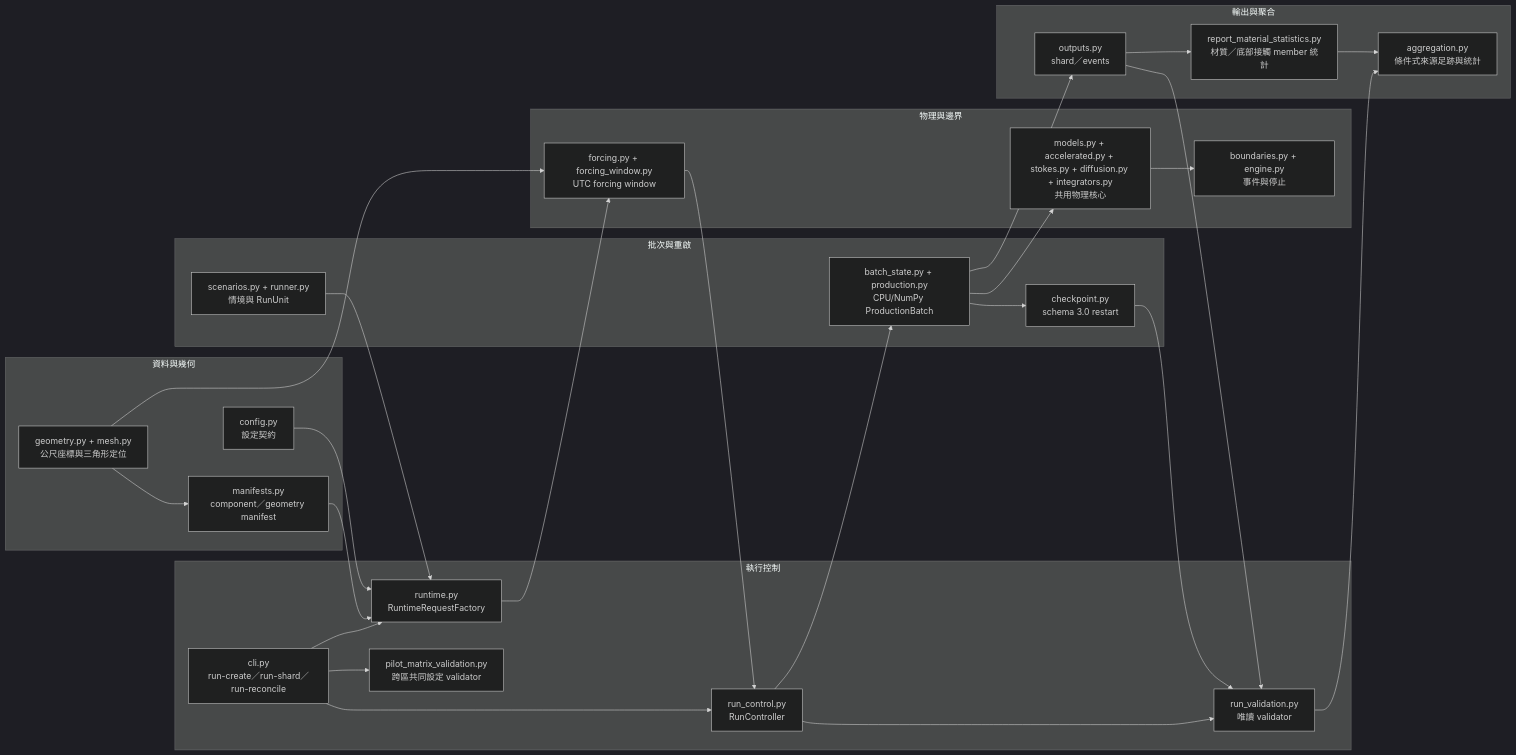
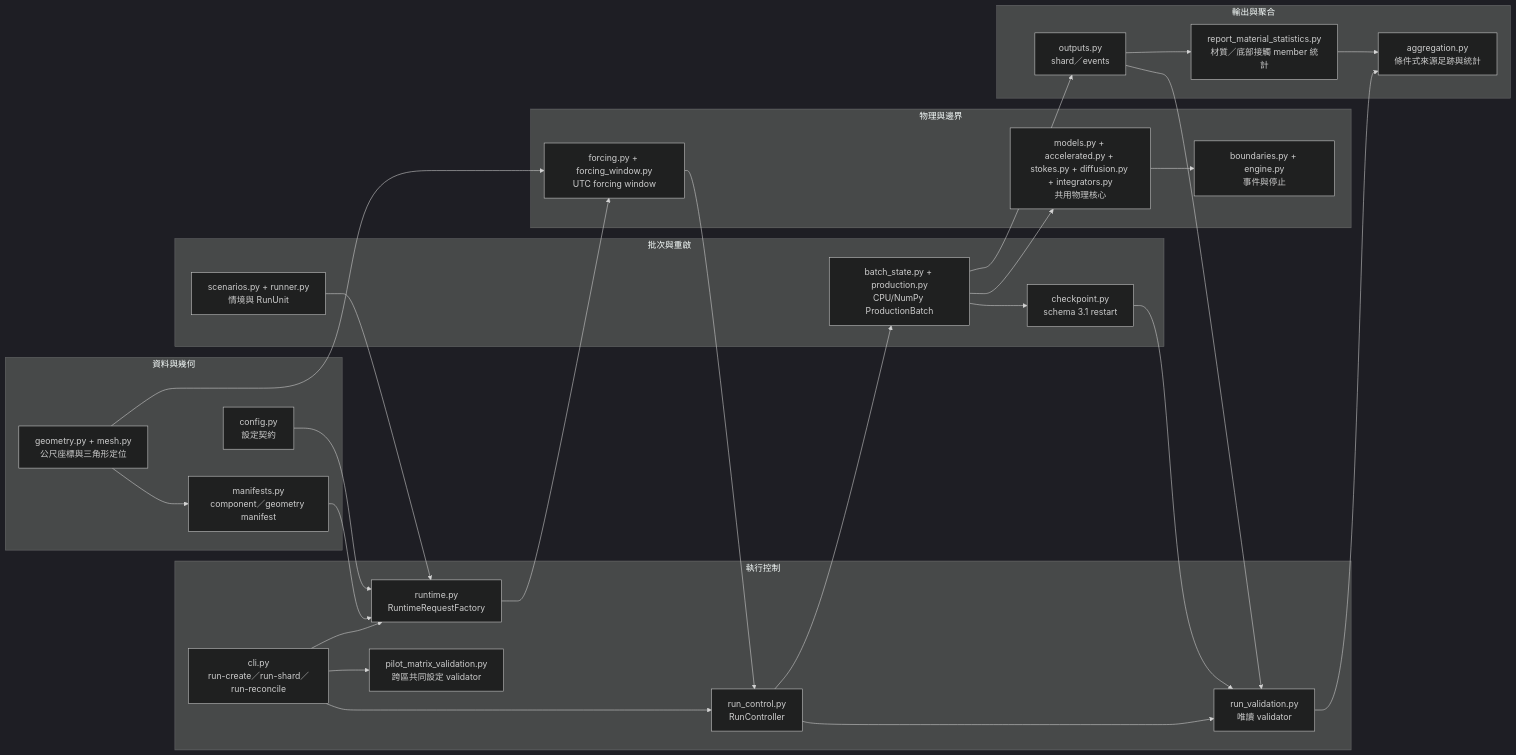
One commit to SpiderFang/Lagrangian-Ensemble-Backtracking changed the first of 3 diagrams in docs/development/11_source_code_guide_and_plan_traceability.md. Above: the diagram before and after it, drawn with Mermaid (dark theme). The commit also changed other lines of this file and 13 other files, not shown here.

Commit message:
新增 schema 3.1 gzip 檢查點與相容鏈驗證

````diff
--- a/docs/development/11_source_code_guide_and_plan_traceability.md
+++ b/docs/development/11_source_code_guide_and_plan_traceability.md
@@ -104,51 +104,51 @@
 ```mermaid
 flowchart LR
     subgraph A[資料與幾何]
         CFG[config.py<br/>設定契約]
         MAN[manifests.py<br/>component／geometry manifest]
         GEO[geometry.py + mesh.py<br/>公尺座標與三角形定位]
     end
     subgraph B[物理與邊界]
         FOR[forcing.py + forcing_window.py<br/>UTC forcing window]
         PHY[models.py + accelerated.py + stokes.py + diffusion.py + integrators.py<br/>共用物理核心]
         BND[boundaries.py + engine.py<br/>事件與停止]
     end
     subgraph C[批次與重啟]
         SCN[scenarios.py + runner.py<br/>情境與 RunUnit]
         PB[batch_state.py + production.py<br/>CPU/NumPy ProductionBatch]
-        CKP[checkpoint.py<br/>schema 3.0 restart]
+        CKP[checkpoint.py<br/>schema 3.1 restart]
     end
     subgraph D[執行控制]
         CLI[cli.py<br/>run-create／run-shard／run-reconcile]
         RT[runtime.py<br/>RuntimeRequestFactory]
         RC[run_control.py<br/>RunController]
         VAL[run_validation.py<br/>唯讀 validator]
         PMV[pilot_matrix_validation.py<br/>跨區共同設定 validator]
     end
     subgraph E[輸出與聚合]
         OUT[outputs.py<br/>shard／events]
         MAT[report_material_statistics.py<br/>材質／底部接觸 member 統計]
         AGG[aggregation.py<br/>條件式來源足跡與統計]
     end
     CFG --> RT
     MAN --> RT
     CLI --> RT
     CLI --> RC
     CLI --> PMV
     SCN --> RT
     RT --> FOR
     FOR --> RC
     RC --> PB
     PB --> PHY
     PHY --> BND
     PB --> CKP
     PB --> OUT
     OUT --> MAT
     CKP --> VAL
     OUT --> VAL
     RC --> VAL
     MAT --> AGG
     VAL --> AGG
     GEO --> FOR
     GEO --> MAN
 ```
````
